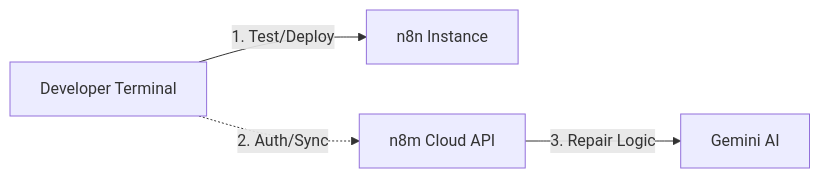
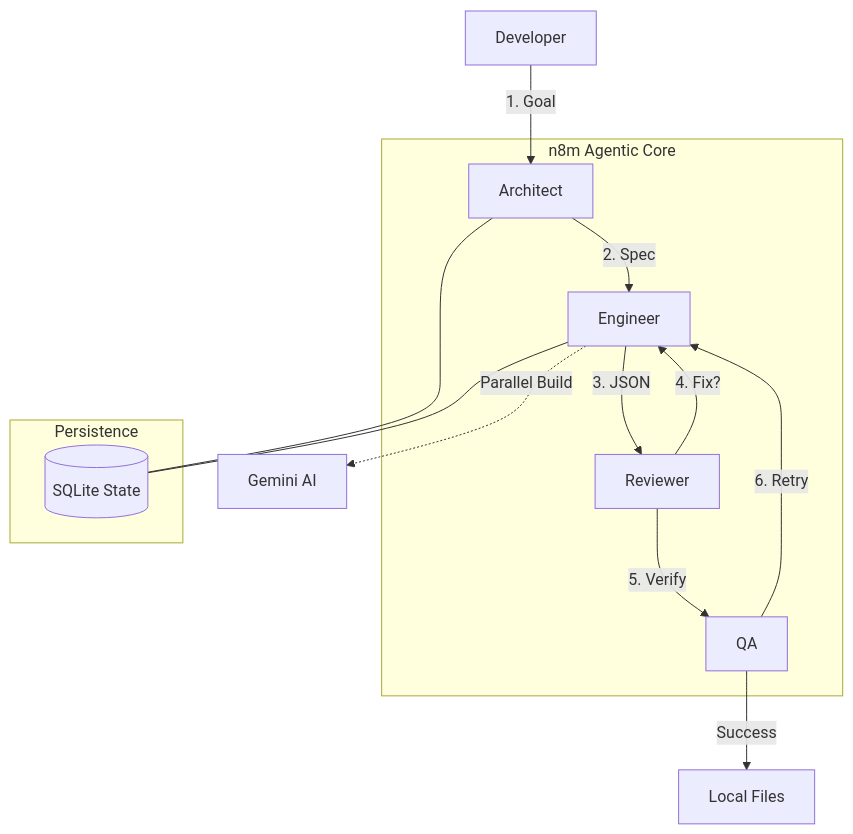
Before and after one commit to Lee-Holdings-International/n8m: the diagram in README.md, drawn with Mermaid. The commit also changed other lines of this file and 2 other files, not shown here.

Commit message:
chore: Reduce verbose logging in the reviewer node and test command.

````diff
--- a/README.md
+++ b/README.md
@@ -84,11 +104,21 @@
 ```mermaid
-graph LR
-    User[Developer Terminal]
-    n8n[n8n Instance]
-    SaaS[n8m Cloud API]
-    AI[Gemini AI]
-
-    User -->|1. Test/Deploy| n8n
-    User -.->|2. Auth/Sync| SaaS
-    SaaS -->|3. Repair Logic| AI
+graph TD
+    User[Developer] -->|1. Goal| Architect
+    
+    subgraph "n8m Agentic Core"
+    Architect -->|2. Spec| Engineer
+    Engineer -->|3. JSON| Reviewer
+    Reviewer -->|4. Fix?| Engineer
+    Reviewer -->|5. Verify| QA
+    QA -->|6. Retry| Engineer
+    end
+    
+    Engineer -.->|Parallel Build| GenAI[Gemini AI]
+    QA -->|Success| Save[Local Files]
+    
+    subgraph Persistence
+    DB[(SQLite State)]
+    end
+    Architect --- DB
+    Engineer --- DB
 ```
````
